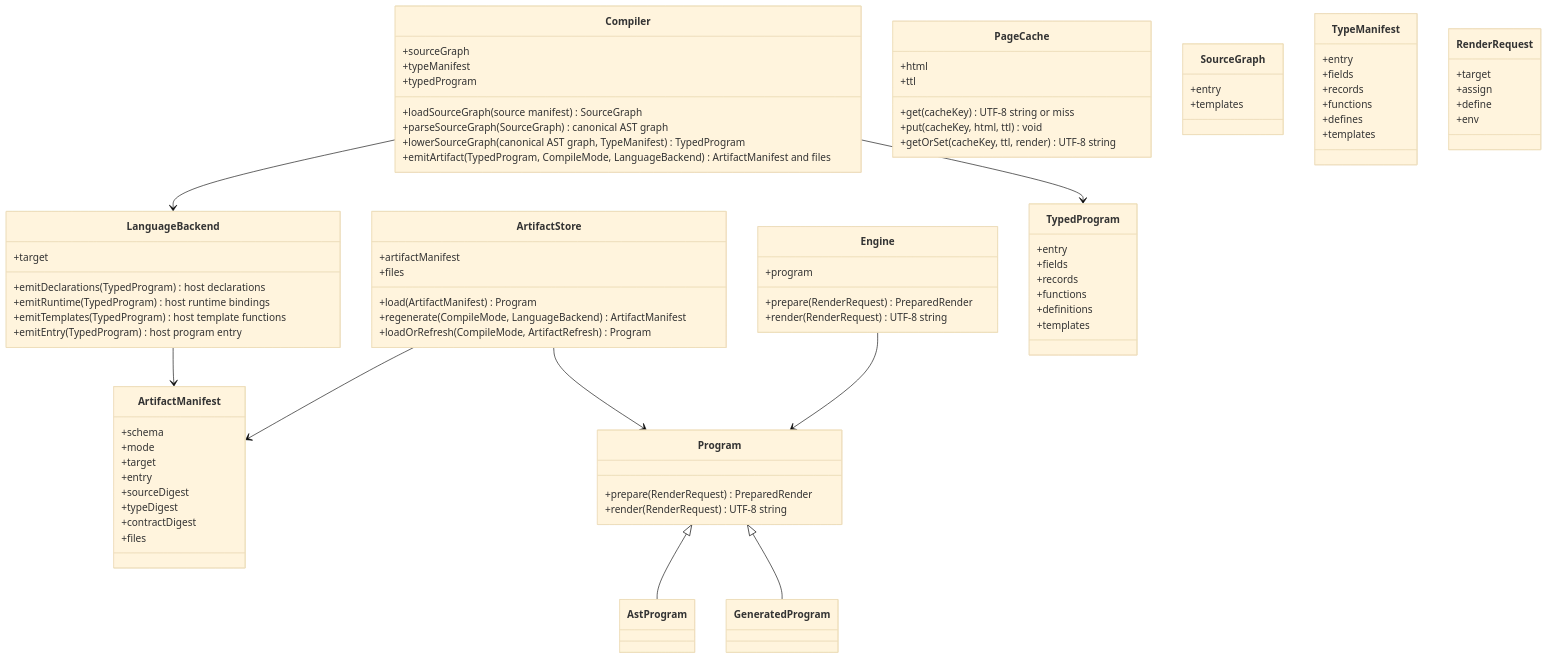
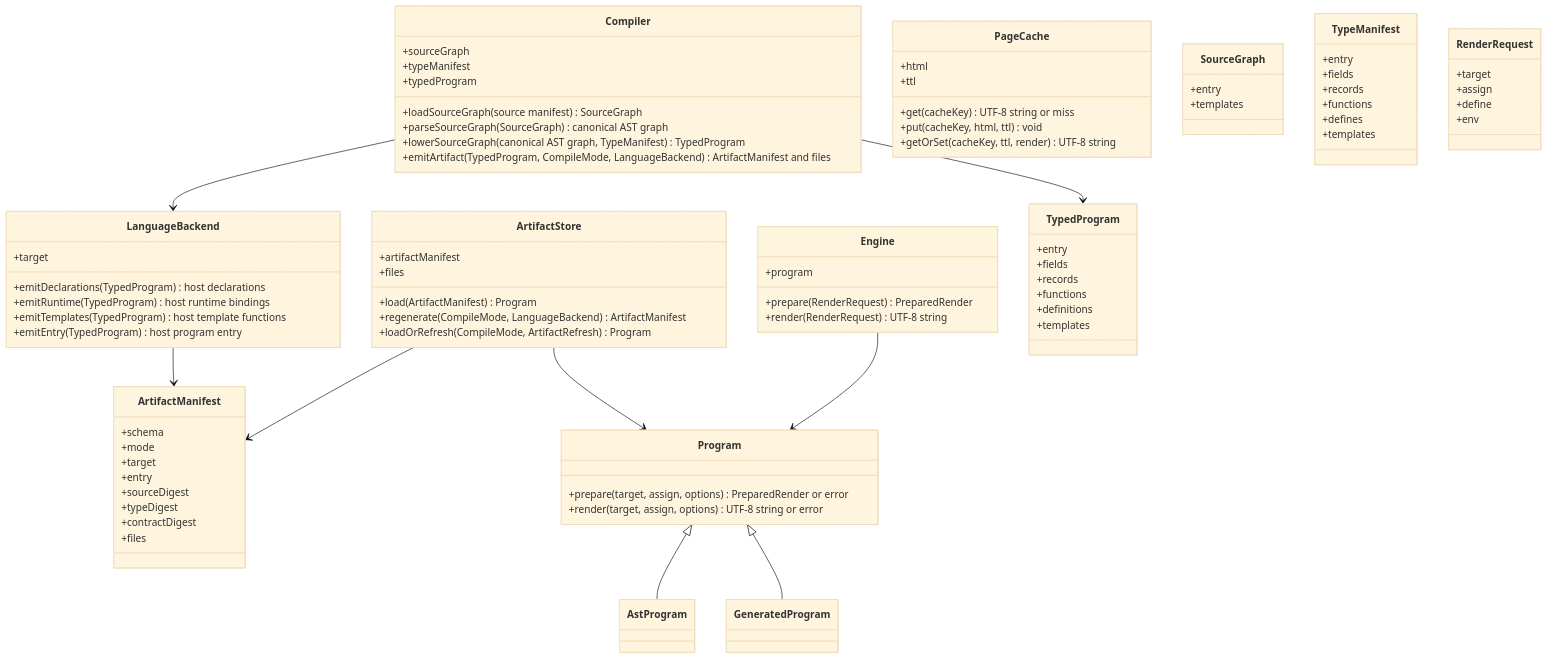
One commit to polyspec/template changed the diagram in tools/compiler/generated/compiler-classes.mmd. Above: the diagram before and after it, drawn with Mermaid (base theme). The commit also changed 16 other files, not shown here.

```diff
--- a/tools/compiler/generated/compiler-classes.mmd
+++ b/tools/compiler/generated/compiler-classes.mmd
@@ -1,86 +1,86 @@
 classDiagram
   class Compiler {
     +sourceGraph
     +typeManifest
     +typedProgram
     +loadSourceGraph(source manifest) SourceGraph
     +parseSourceGraph(SourceGraph) canonical AST graph
     +lowerSourceGraph(canonical AST graph, TypeManifest) TypedProgram
     +emitArtifact(TypedProgram, CompileMode, LanguageBackend) ArtifactManifest and files
   }
   class LanguageBackend {
     +target
     +emitDeclarations(TypedProgram) host declarations
     +emitRuntime(TypedProgram) host runtime bindings
     +emitTemplates(TypedProgram) host template functions
     +emitEntry(TypedProgram) host program entry
   }
   class ArtifactStore {
     +artifactManifest
     +files
     +load(ArtifactManifest) Program
     +regenerate(CompileMode, LanguageBackend) ArtifactManifest
     +loadOrRefresh(CompileMode, ArtifactRefresh) Program
   }
   class Engine {
     +program
     +prepare(RenderRequest) PreparedRender
     +render(RenderRequest) UTF-8 string
   }
   class PageCache {
     +html
     +ttl
     +get(cacheKey) UTF-8 string or miss
     +put(cacheKey, html, ttl) void
     +getOrSet(cacheKey, ttl, render) UTF-8 string
   }
   class SourceGraph {
     +entry
     +templates
   }
   class TypeManifest {
     +entry
     +fields
     +records
     +functions
     +defines
     +templates
   }
   class TypedProgram {
     +entry
     +fields
     +records
     +functions
     +definitions
     +templates
   }
   class ArtifactManifest {
     +schema
     +mode
     +target
     +entry
     +sourceDigest
     +typeDigest
     +contractDigest
     +files
   }
   class RenderRequest {
     +target
     +assign
     +define
     +env
   }
   class Program {
-    +prepare(RenderRequest) PreparedRender
-    +render(RenderRequest) UTF-8 string
+    +prepare(target, assign, options) PreparedRender or error
+    +render(target, assign, options) UTF-8 string or error
   }
   class AstProgram
   class GeneratedProgram
   Program <|-- AstProgram
   Program <|-- GeneratedProgram
   Compiler --> TypedProgram
   Compiler --> LanguageBackend
   LanguageBackend --> ArtifactManifest
   ArtifactStore --> ArtifactManifest
   ArtifactStore --> Program
   Engine --> Program
```
